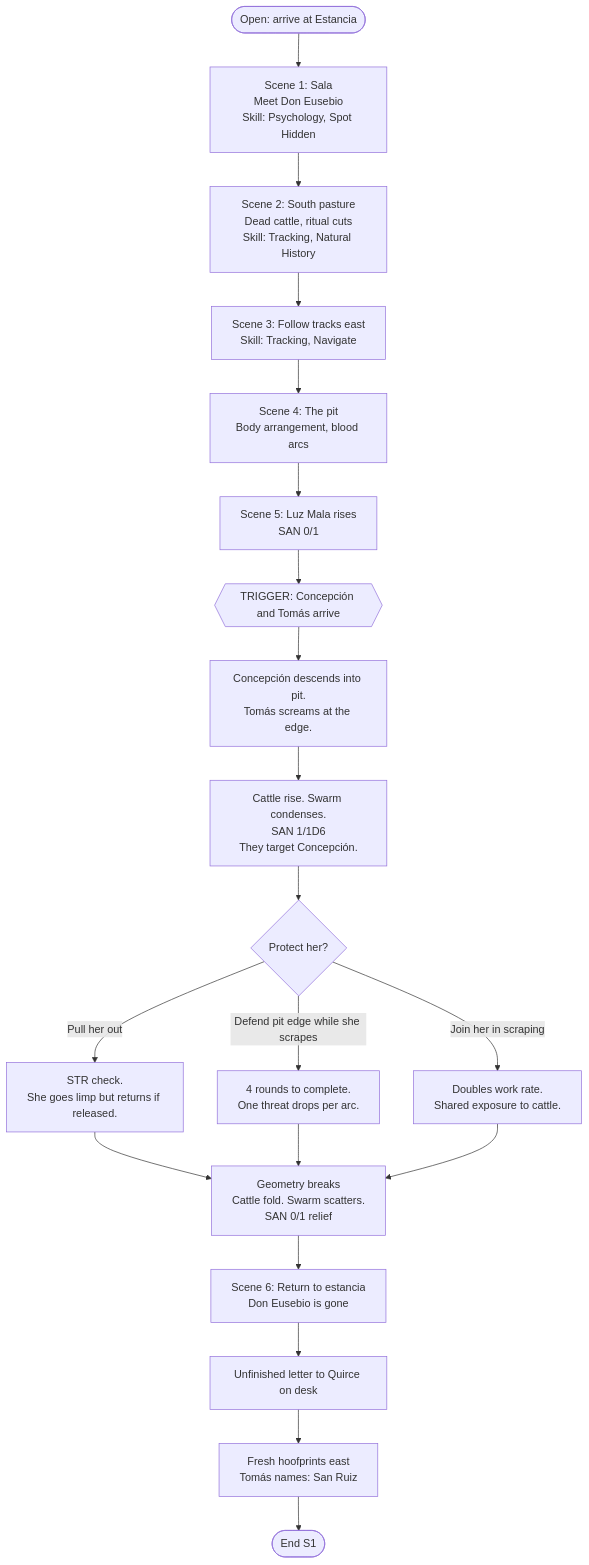
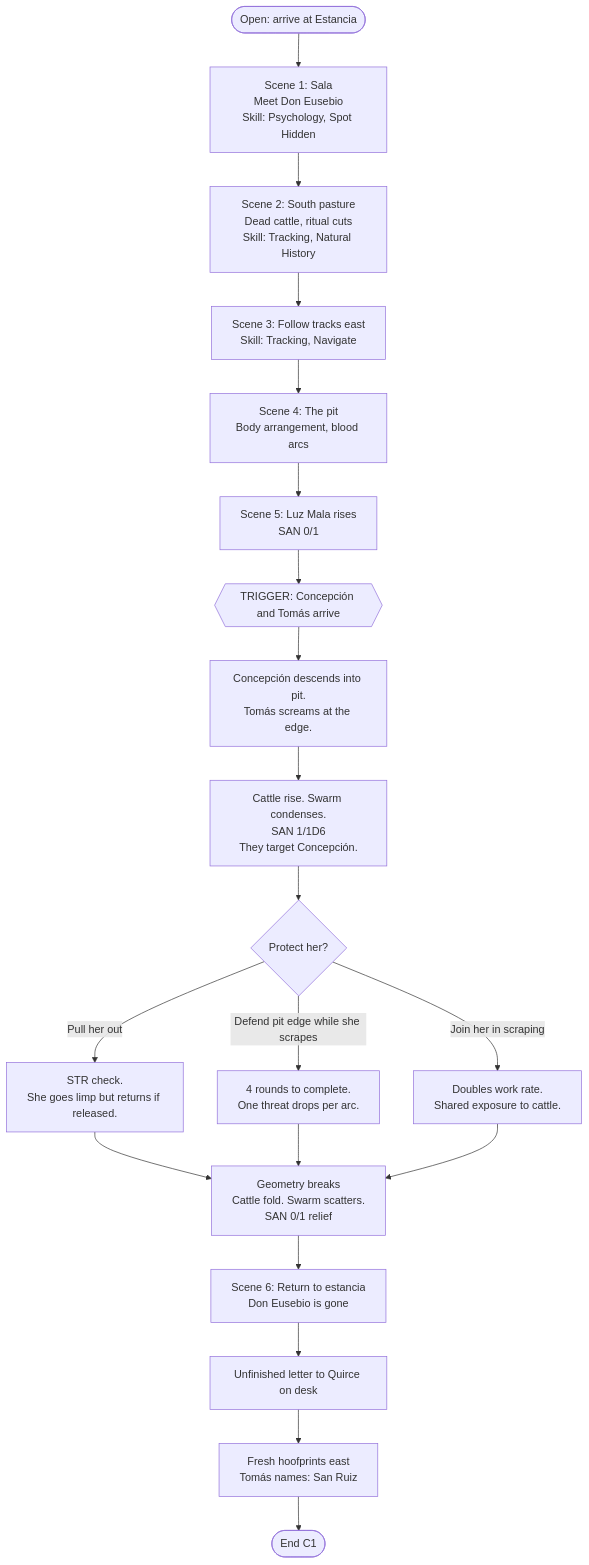
One commit to lucas-tortora/gauchulu changed the third of 14 diagrams in REF-FlowMap.md. Above: the diagram before and after it, drawn with Mermaid. The commit also changed other lines of this file and 39 other files, not shown here.

````diff
--- a/REF-FlowMap.md
+++ b/REF-FlowMap.md
@@ -174,20 +174,20 @@
 ```mermaid
 flowchart TD
     O1([Open: arrive at Estancia]) --> A[Scene 1: Sala<br/>Meet Don Eusebio<br/>Skill: Psychology, Spot Hidden]
     A --> B[Scene 2: South pasture<br/>Dead cattle, ritual cuts<br/>Skill: Tracking, Natural History]
     B --> C[Scene 3: Follow tracks east<br/>Skill: Tracking, Navigate]
     C --> D[Scene 4: The pit<br/>Body arrangement, blood arcs]
     D --> E[Scene 5: Luz Mala rises<br/>SAN 0/1]
     E --> F{{TRIGGER: Concepción and Tomás arrive}}
     F --> G[Concepción descends into pit.<br/>Tomás screams at the edge.]
     G --> H[Cattle rise. Swarm condenses.<br/>SAN 1/1D6<br/>They target Concepción.]
     H --> I{Protect her?}
     I -->|Pull her out| J1[STR check.<br/>She goes limp but returns if released.]
     I -->|Defend pit edge while she scrapes| J2[4 rounds to complete.<br/>One threat drops per arc.]
     I -->|Join her in scraping| J3[Doubles work rate.<br/>Shared exposure to cattle.]
     J1 & J2 & J3 --> K[Geometry breaks<br/>Cattle fold. Swarm scatters.<br/>SAN 0/1 relief]
     K --> L[Scene 6: Return to estancia<br/>Don Eusebio is gone]
     L --> M[Unfinished letter to Quirce on desk]
     M --> N[Fresh hoofprints east<br/>Tomás names: San Ruiz]
-    N --> End1([End S1])
+    N --> End1([End C1])
 ```
````
